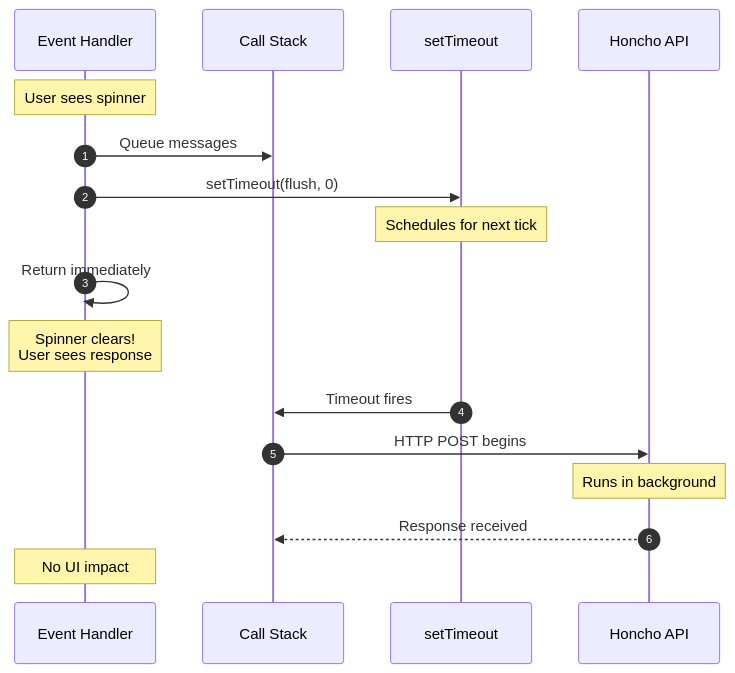
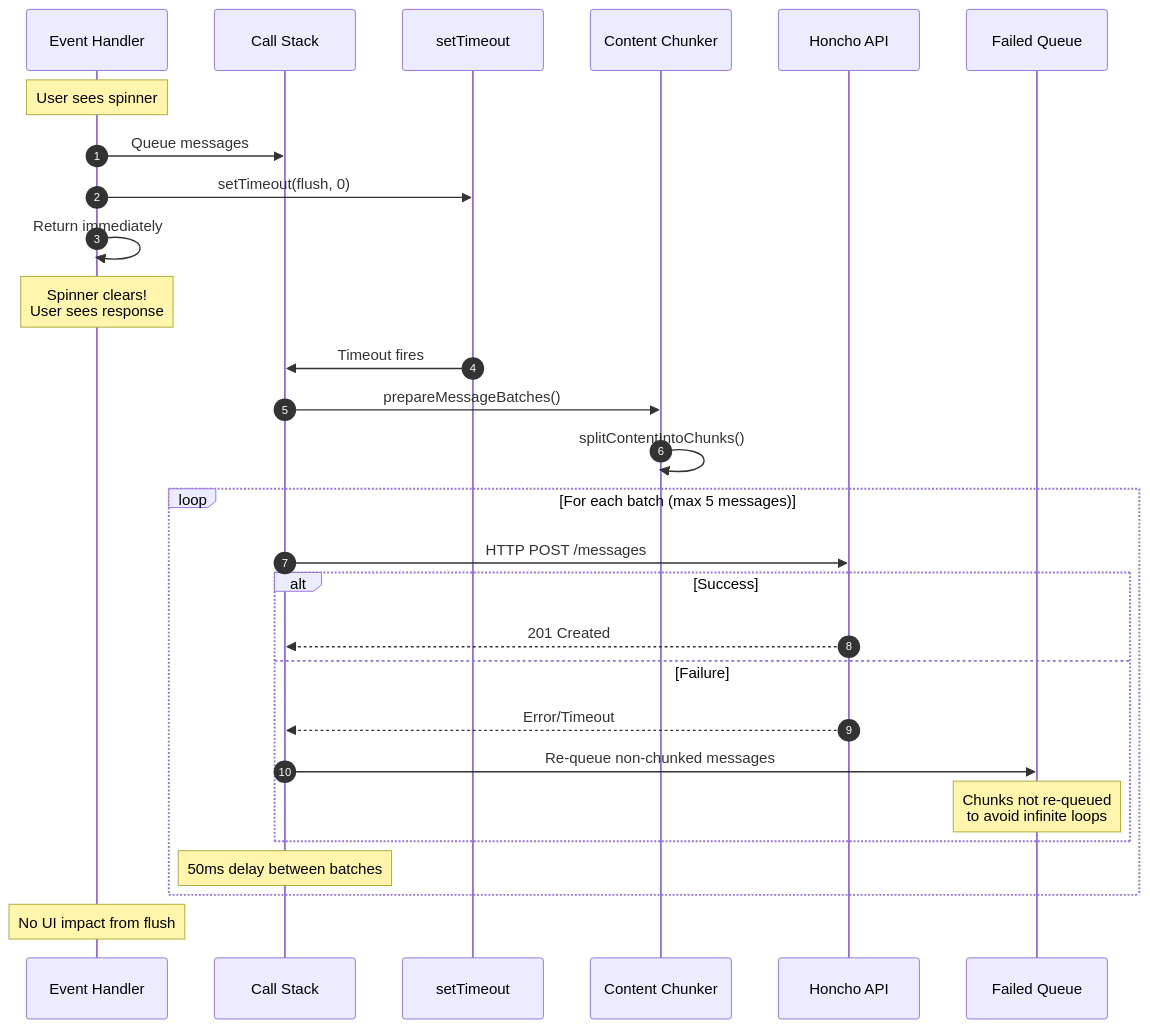
The seventh of 8 diagrams in docs/v3/guides/community/dgs-integrations/pi-mono/agents/extensions/README-honcho.md (dsidlo/local-honcho), drawn with Mermaid before and after one commit. The commit also changed other lines of this file and 1 other file, not shown here.

First line of the commit message:
feat: Enhance Honcho extension with intelligent content chunking

````diff
--- a/docs/v3/guides/community/dgs-integrations/pi-mono/agents/extensions/README-honcho.md
+++ b/docs/v3/guides/community/dgs-integrations/pi-mono/agents/extensions/README-honcho.md
@@ -246,24 +329,38 @@
 ```mermaid
 sequenceDiagram
     autonumber
     participant Handler as Event Handler
     participant Stack as Call Stack
     participant Timer as setTimeout
+    participant Chunker as Content Chunker
     participant API as Honcho API
+    participant Queue as Failed Queue
 
     Note over Handler: User sees spinner
     
     Handler->>Stack: Queue messages
     Handler->>Timer: setTimeout(flush, 0)
-    Note over Timer: Schedules for next tick
     Handler->>Handler: Return immediately
     
     Note over Handler: Spinner clears!<br/>User sees response
     
     Timer->>Stack: Timeout fires
-    Stack->>API: HTTP POST begins
-    Note over API: Runs in background
-    API-->>Stack: Response received
+    Stack->>Chunker: prepareMessageBatches()
+    Chunker->>Chunker: splitContentIntoChunks()
     
-    Note over Handler: No UI impact
+    loop For each batch (max 5 messages)
+        Stack->>API: HTTP POST /messages
+        
+        alt Success
+            API-->>Stack: 201 Created
+        else Failure
+            API-->>Stack: Error/Timeout
+            Stack->>Queue: Re-queue non-chunked messages
+            Note over Queue: Chunks not re-queued<br/>to avoid infinite loops
+        end
+        
+        Note over Stack: 50ms delay between batches
+    end
+    
+    Note over Handler: No UI impact from flush
 ```
````
